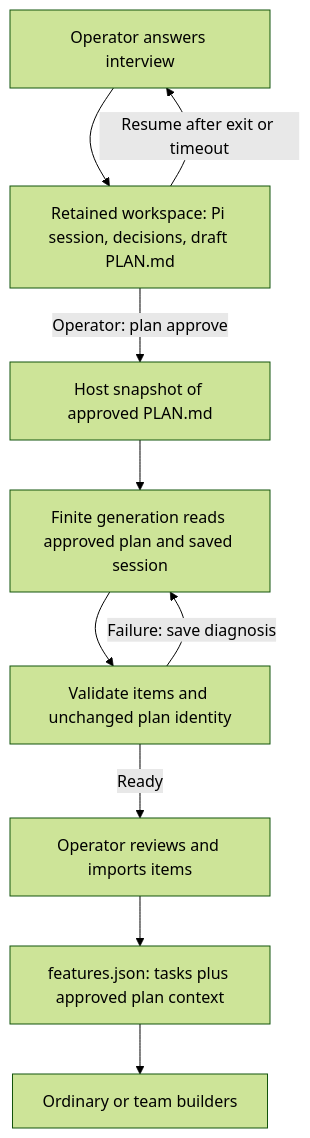
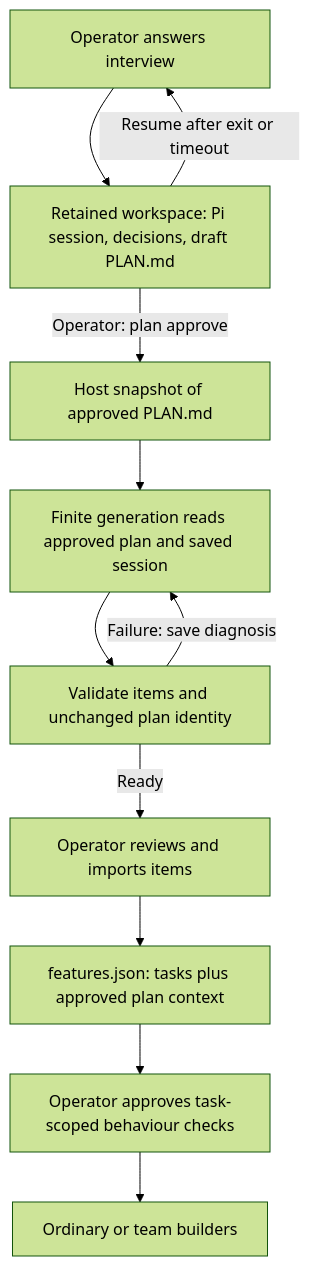
Before and after one commit to BleOdel/agent-harness: the first of 6 diagrams in ARCHITECTURE.md, drawn with Mermaid (forest theme). The commit also changed other lines of this file and 45 other files, not shown here.

````diff
--- a/ARCHITECTURE.md
+++ b/ARCHITECTURE.md
@@ -11,12 +11,13 @@
 ```mermaid
 flowchart TD
   U["Operator answers interview"] --> W["Retained workspace: Pi session, decisions, draft PLAN.md"]
   W -->|Resume after exit or timeout| U
   W -->|Operator: plan approve| P["Host snapshot of approved PLAN.md"]
   P --> G["Finite generation reads approved plan and saved session"]
   G --> V["Validate items and unchanged plan identity"]
   V -->|Failure: save diagnosis| G
   V -->|Ready| I["Operator reviews and imports items"]
   I --> F["features.json: tasks plus approved plan context"]
-  F --> B["Ordinary or team builders"]
+  F --> C["Operator approves task-scoped behaviour checks"]
+  C --> B["Ordinary or team builders"]
 ```
````
